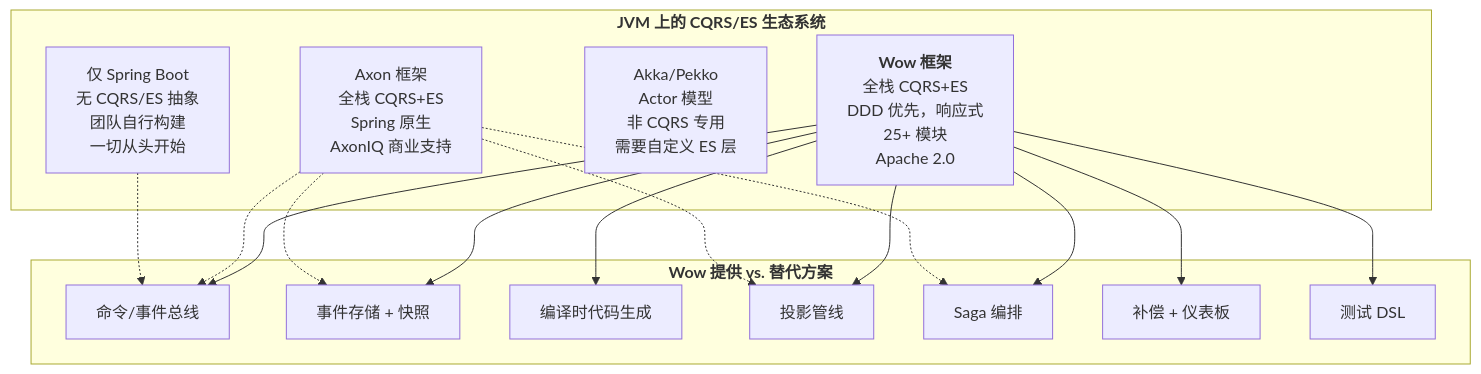
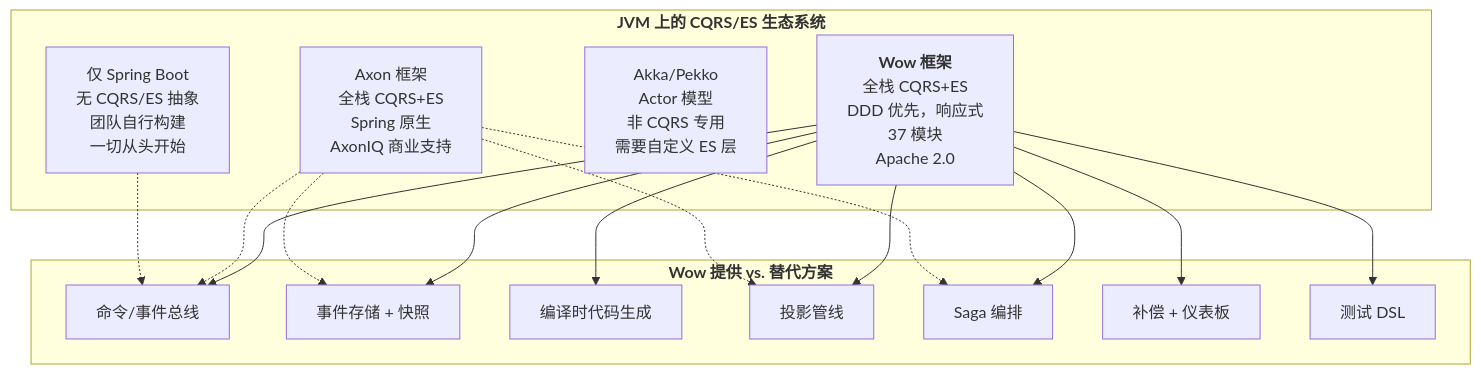
Before and after one commit to Ahoo-Wang/Wow: the first of 7 diagrams in documentation/docs/zh/onboarding/executive-guide.md, drawn with Mermaid. The commit also changed other lines of this file and 43 other files, not shown here.

First line of the commit message:
docs(documentation): fix broken links, sync config docs with code, and correct onboarding diagrams

````diff
--- a/documentation/docs/zh/onboarding/executive-guide.md
+++ b/documentation/docs/zh/onboarding/executive-guide.md
@@ -45,35 +45,35 @@
 ```mermaid
 graph TB
     subgraph ECOSYSTEM["<b>JVM 上的 CQRS/ES 生态系统</b>"]
-        WOW["<b>Wow 框架</b><br>全栈 CQRS+ES<br>DDD 优先，响应式<br>25+ 模块<br>Apache 2.0"]
+        WOW["<b>Wow 框架</b><br>全栈 CQRS+ES<br>DDD 优先，响应式<br>37 模块<br>Apache 2.0"]
         AXON["Axon 框架<br>全栈 CQRS+ES<br>Spring 原生<br>AxonIQ 商业支持"]
         AKKA["Akka/Pekko<br>Actor 模型<br>非 CQRS 专用<br>需要自定义 ES 层"]
         RAW["仅 Spring Boot<br>无 CQRS/ES 抽象<br>团队自行构建<br>一切从头开始"]
     end
 
     subgraph LAYERS["<b>Wow 提供 vs. 替代方案</b>"]
         L1["命令/事件总线"]
         L2["事件存储 + 快照"]
         L3["编译时代码生成"]
         L4["投影管线"]
         L5["Saga 编排"]
         L6["补偿 + 仪表板"]
         L7["测试 DSL"]
     end
 
     WOW --> L1
     WOW --> L2
     WOW --> L3
     WOW --> L4
     WOW --> L5
     WOW --> L6
     WOW --> L7
 
     AXON -.-> L1
     AXON -.-> L2
     AXON -.-> L4
     AXON -.-> L5
 
     RAW -.-> L1
 
 ```
````
